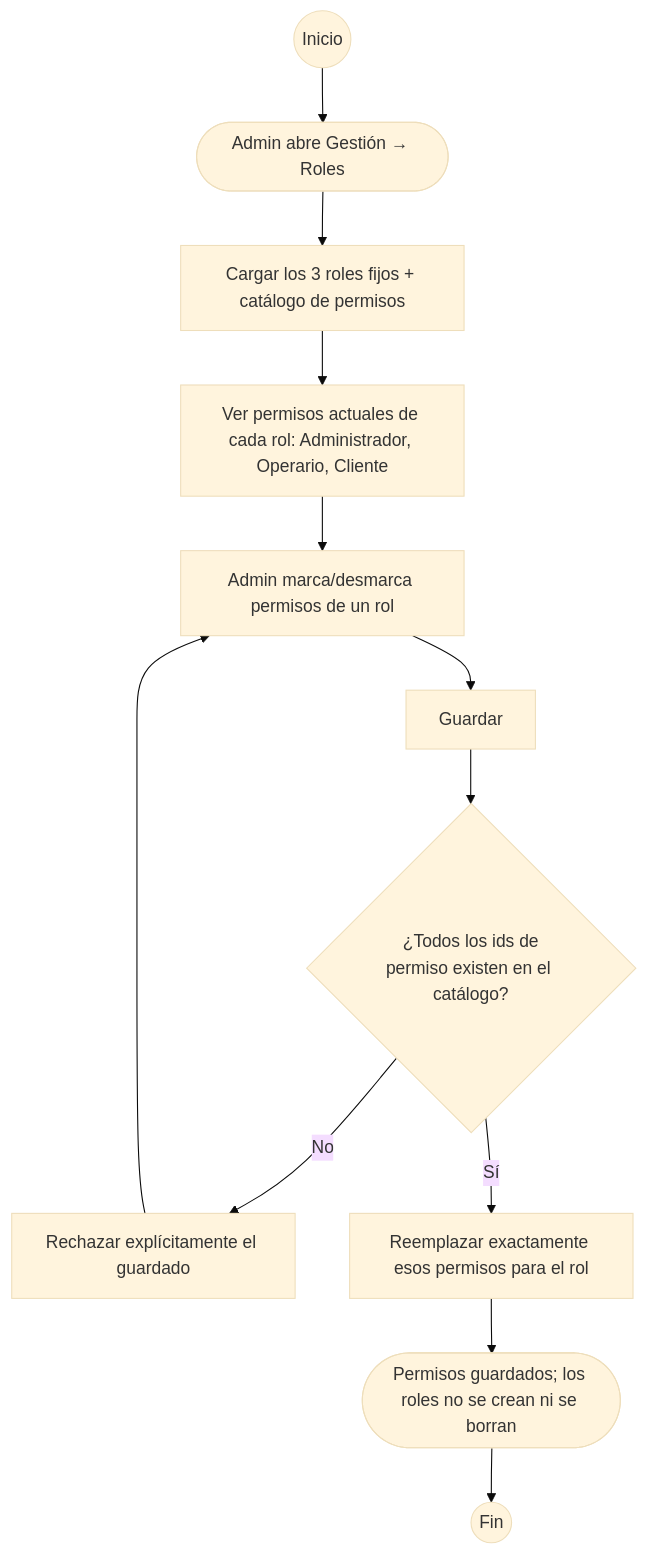
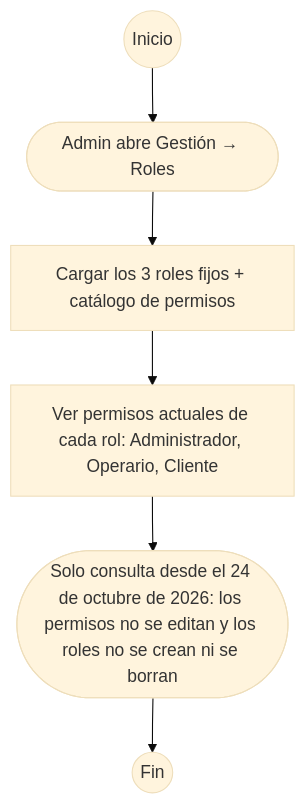
Before and after one commit to BrayanCABRERA123/lavarapido-docs: diagram 20 of 26 in 02_DOCUMENTACION_DE_ANALISIS_DEL_SOFTWARE/ES/MD/documentacion-de-analisis-del-software.md, drawn with Mermaid (base theme). The commit also changed other lines of this file and 1 other file, not shown here.

````diff
--- a/02_DOCUMENTACION_DE_ANALISIS_DEL_SOFTWARE/ES/MD/documentacion-de-analisis-del-software.md
+++ b/02_DOCUMENTACION_DE_ANALISIS_DEL_SOFTWARE/ES/MD/documentacion-de-analisis-del-software.md
@@ -821,14 +814,8 @@
 ```mermaid
 flowchart TD
     start0((Inicio)) --> start
     start([Admin abre Gestión → Roles]) --> load[Cargar los 3 roles fijos + catálogo de permisos]
     load --> view[Ver permisos actuales de cada rol: Administrador, Operario, Cliente]
-    view --> edit[Admin marca/desmarca permisos de un rol]
-    edit --> save[Guardar]
-    save --> valid{¿Todos los ids de<br/>permiso existen en el catálogo?}
-    valid -->|No| reject[Rechazar explícitamente el guardado]
-    reject --> edit
-    valid -->|Sí| replace[Reemplazar exactamente esos permisos para el rol]
-    replace --> stop([Permisos guardados; los roles no se crean ni se borran])
+    view --> stop([Solo consulta desde el 24 de octubre de 2026: los permisos no se editan y los roles no se crean ni se borran])
     stop --> stopx((Fin))
 ```
````
